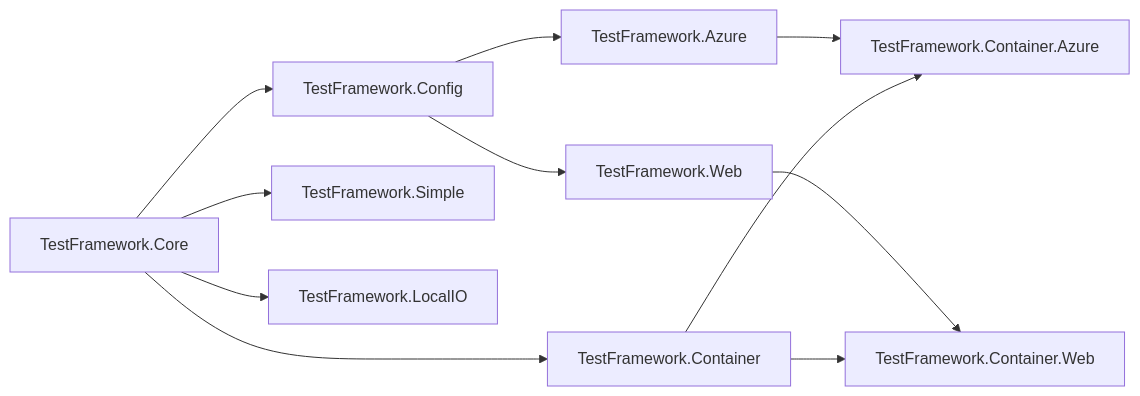
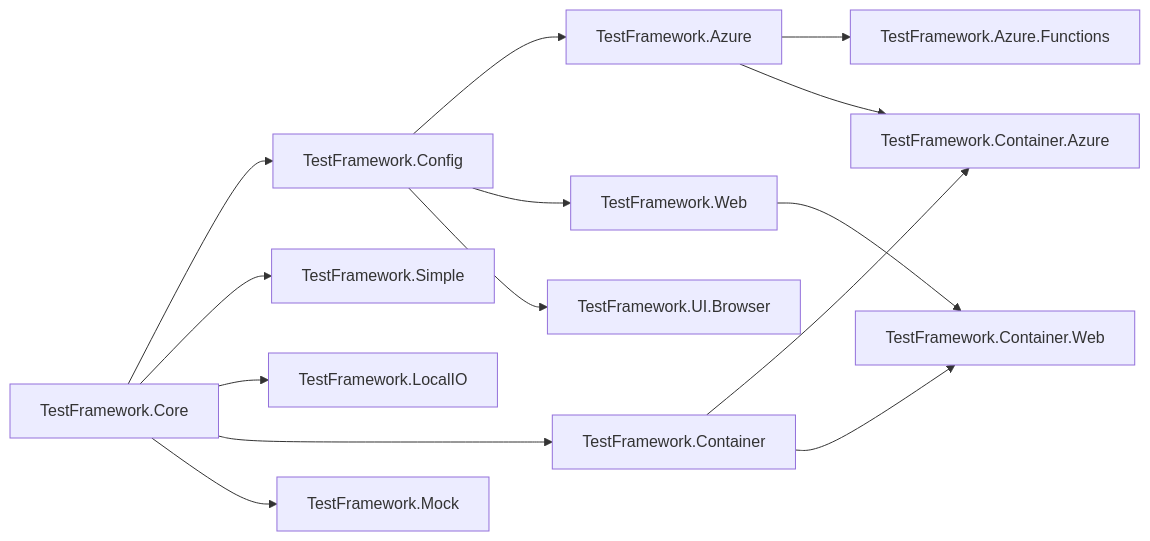
The diagram in guide/reference/compatibility.md (DeadMoon0/TestFramework-Docs), drawn with Mermaid before and after one commit. The commit also changed other lines of this file and 35 other files, not shown here.

Commit message:
Document the pre-1.0 wave: new names, Azure.Functions, browser install, and samples checked against the packages

````diff
--- a/guide/reference/compatibility.md
+++ b/guide/reference/compatibility.md
@@ -18,23 +18,29 @@
 ```mermaid
 graph LR
     Core[TestFramework.Core]
     Config[TestFramework.Config]
     Simple[TestFramework.Simple]
     Azure[TestFramework.Azure]
     LocalIO[TestFramework.LocalIO]
     Web[TestFramework.Web]
     Container[TestFramework.Container]
     ContainerAzure[TestFramework.Container.Azure]
     ContainerWeb[TestFramework.Container.Web]
+    AzureFunctions[TestFramework.Azure.Functions]
+    UiBrowser[TestFramework.UI.Browser]
+    Mock[TestFramework.Mock]
 
     Core --> Config
     Core --> Simple
     Core --> LocalIO
     Core --> Container
+    Core --> Mock
     Config --> Azure
     Config --> Web
+    Config --> UiBrowser
+    Azure --> AzureFunctions
     Azure --> ContainerAzure
     Web --> ContainerWeb
     Container --> ContainerAzure
     Container --> ContainerWeb
 ```
````
